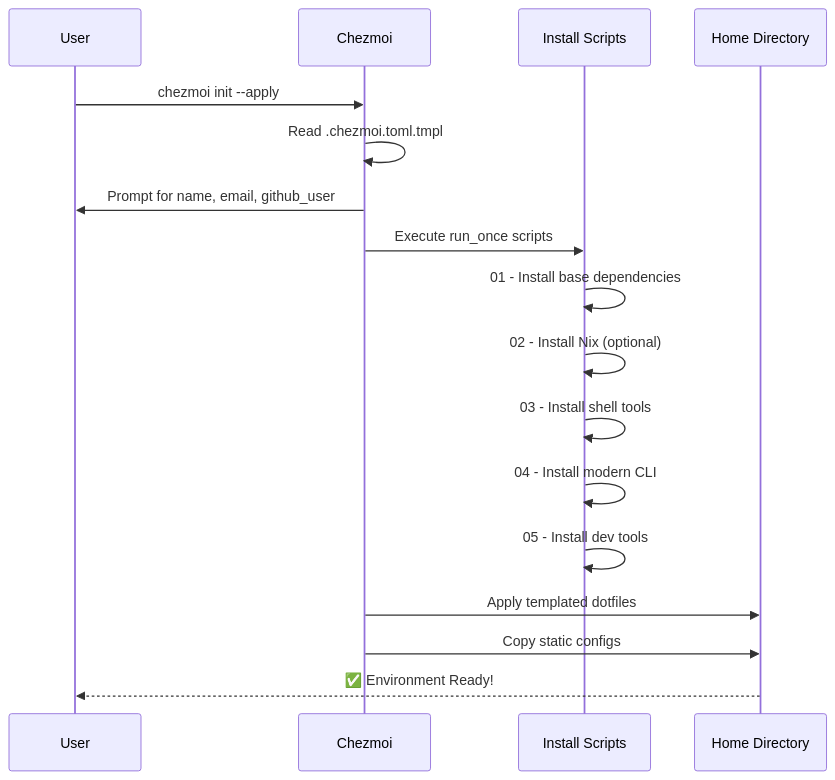
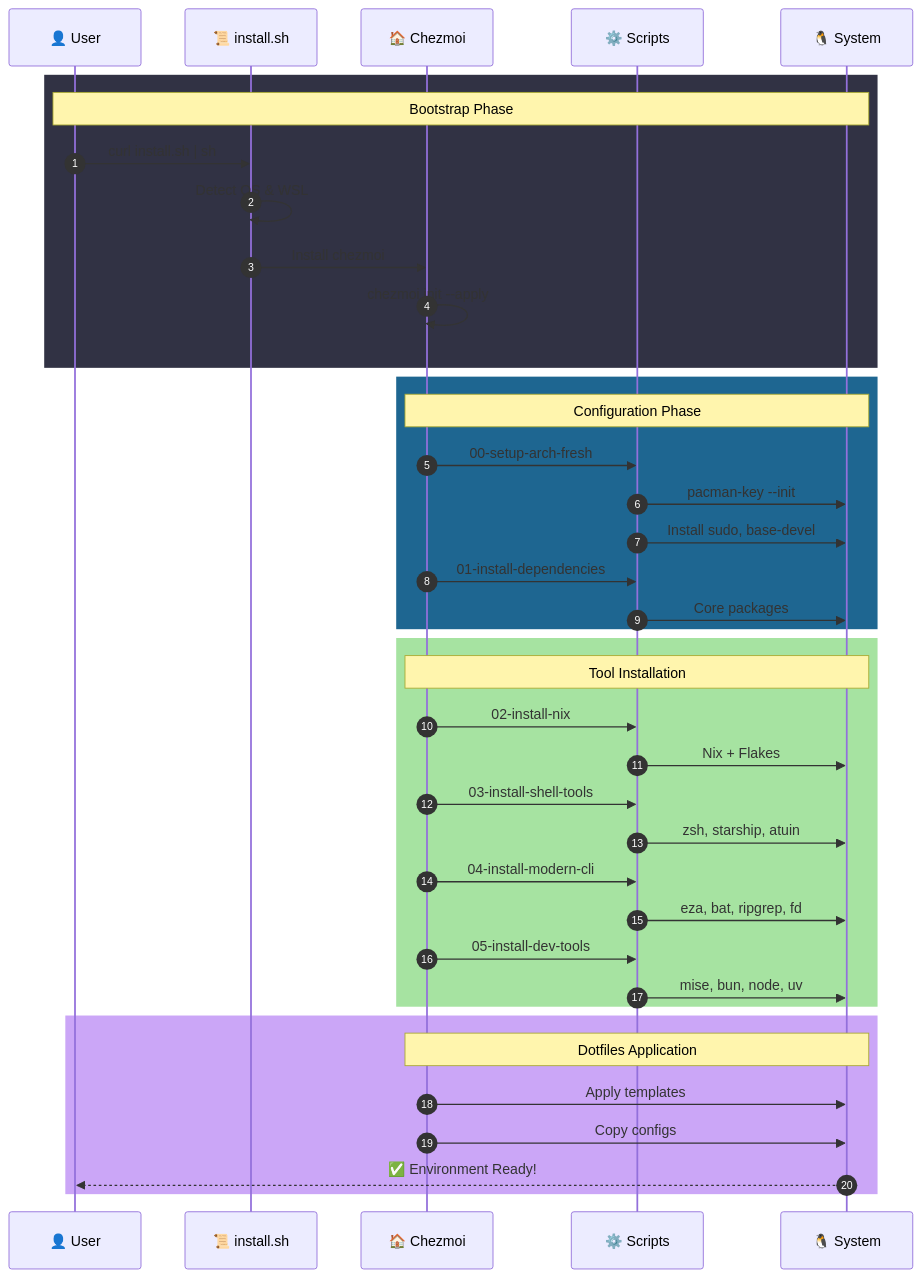
Before and after one commit to Yuzu02/dotfiles: the third of 7 diagrams in README.md, drawn with Mermaid. The commit also changed other lines of this file and 4 other files, not shown here.

Commit message:
feat(setup): :bug: Add sudo wrapper and package manager detection to installation scripts

````diff
--- a/README.md
+++ b/README.md
@@ -250,23 +198,45 @@
 ```mermaid
 sequenceDiagram
-    participant U as User
-    participant C as Chezmoi
-    participant S as Install Scripts
-    participant H as Home Directory
+    autonumber
+    participant User as 👤 User
+    participant Install as 📜 install.sh
+    participant Chezmoi as 🏠 Chezmoi
+    participant Scripts as ⚙️ Scripts
+    participant System as 🐧 System
 
-    U->>C: chezmoi init --apply
-    C->>C: Read .chezmoi.toml.tmpl
-    C->>U: Prompt for name, email, github_user
-    C->>S: Execute run_once scripts
-    
-    S->>S: 01 - Install base dependencies
-    S->>S: 02 - Install Nix (optional)
-    S->>S: 03 - Install shell tools
-    S->>S: 04 - Install modern CLI
-    S->>S: 05 - Install dev tools
-    
-    C->>H: Apply templated dotfiles
-    C->>H: Copy static configs
-    
-    H-->>U: ✅ Environment Ready!
+    rect rgb(49, 50, 68)
+        Note over User,System: Bootstrap Phase
+        User->>Install: curl install.sh | sh
+        Install->>Install: Detect OS & WSL
+        Install->>Chezmoi: Install chezmoi
+        Chezmoi->>Chezmoi: chezmoi init --apply
+    end
+
+    rect rgb(30, 102, 145)
+        Note over Chezmoi,System: Configuration Phase
+        Chezmoi->>Scripts: 00-setup-arch-fresh
+        Scripts->>System: pacman-key --init
+        Scripts->>System: Install sudo, base-devel
+        Chezmoi->>Scripts: 01-install-dependencies
+        Scripts->>System: Core packages
+    end
+
+    rect rgb(166, 227, 161)
+        Note over Chezmoi,System: Tool Installation
+        Chezmoi->>Scripts: 02-install-nix
+        Scripts->>System: Nix + Flakes
+        Chezmoi->>Scripts: 03-install-shell-tools
+        Scripts->>System: zsh, starship, atuin
+        Chezmoi->>Scripts: 04-install-modern-cli
+        Scripts->>System: eza, bat, ripgrep, fd
+        Chezmoi->>Scripts: 05-install-dev-tools
+        Scripts->>System: mise, bun, node, uv
+    end
+
+    rect rgb(203, 166, 247)
+        Note over Chezmoi,System: Dotfiles Application
+        Chezmoi->>System: Apply templates
+        Chezmoi->>System: Copy configs
+        System-->>User: ✅ Environment Ready!
+    end
 ```
````
